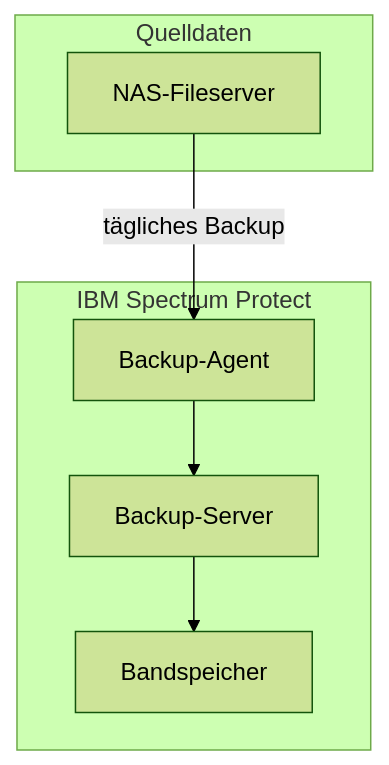
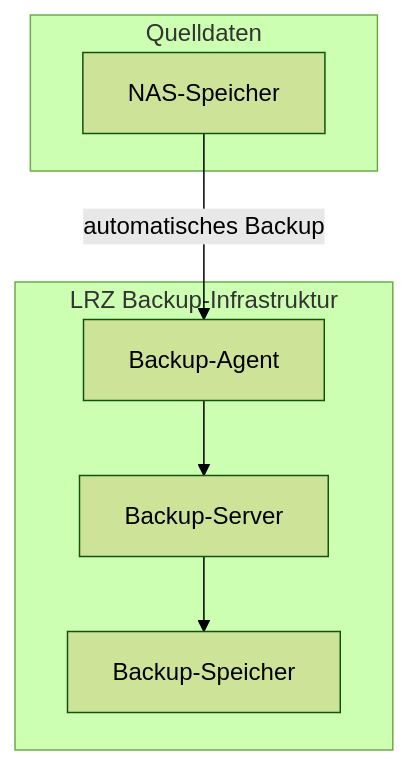
One commit to jtimo/tum-ito-admin-guide changed the third of 5 diagrams in de/chapters/06-speicher-backup.qmd. Above: the diagram before and after it, drawn with Mermaid (forest theme). The commit also changed other lines of this file and 21 other files, not shown here.

````diff
--- a/de/chapters/06-speicher-backup.qmd
+++ b/de/chapters/06-speicher-backup.qmd
@@ -122,17 +126,17 @@
 ```{mermaid}
 %%| fig-cap: "Backup-Architektur"
 flowchart TB
     subgraph Source["Quelldaten"]
-        NAS["NAS-Fileserver"]
+        NAS["NAS-Speicher"]
     end
 
-    subgraph Backup["IBM Spectrum Protect"]
+    subgraph Backup["LRZ Backup-Infrastruktur"]
         Agent["Backup-Agent"]
         Server["Backup-Server"]
-        Tape["Bandspeicher"]
+        Storage["Backup-Speicher"]
     end
 
-    NAS --> |tägliches Backup| Agent
+    NAS --> |automatisches Backup| Agent
     Agent --> Server
-    Server --> Tape
+    Server --> Storage
 ```
````
